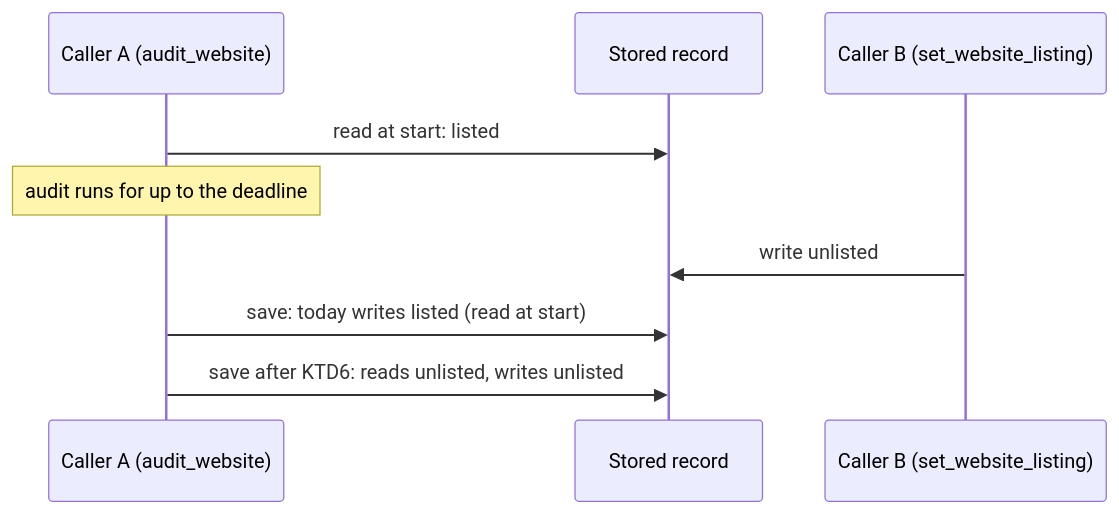
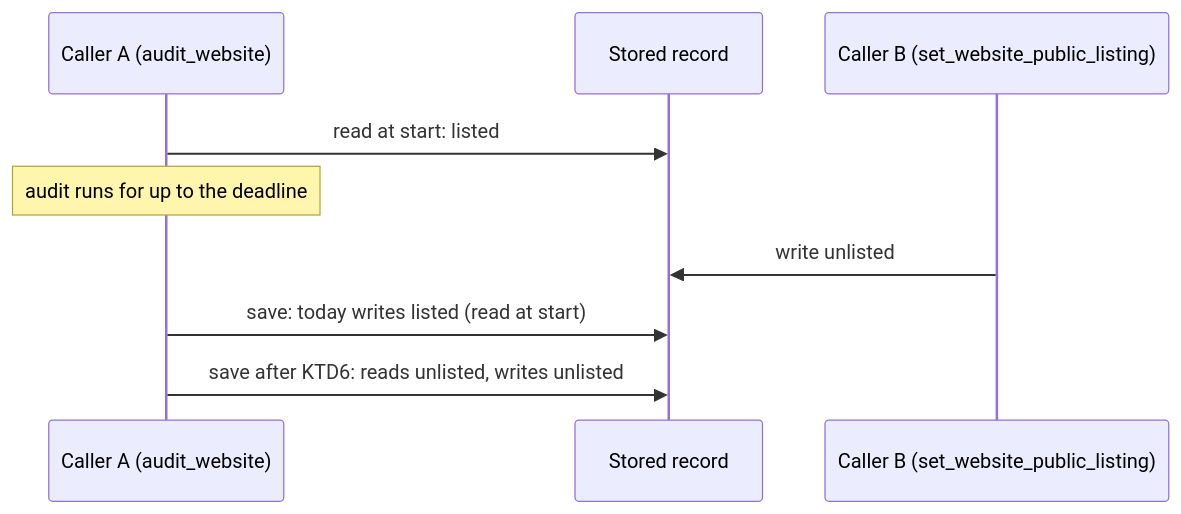
Before and after one commit to brettdavies/agentnative-site: the second of 3 diagrams in docs/plans/2026-11-11-1414-feat-mcp-website-listing-tool-plan.md, drawn with Mermaid. The commit also changed other lines of this file, not shown here.

First line of the commit message:
docs(plans): record the owner decisions on the listing-tool plan

````diff
--- a/docs/plans/2026-11-11-1414-feat-mcp-website-listing-tool-plan.md
+++ b/docs/plans/2026-11-11-1414-feat-mcp-website-listing-tool-plan.md
@@ -204,11 +204,11 @@
 ```mermaid
 sequenceDiagram
   participant A as Caller A (audit_website)
   participant S as Stored record
-  participant B as Caller B (set_website_listing)
+  participant B as Caller B (set_website_public_listing)
   A->>S: read at start: listed
   Note over A: audit runs for up to the deadline
   B->>S: write unlisted
   A->>S: save: today writes listed (read at start)
   A->>S: save after KTD6: reads unlisted, writes unlisted
 ```
````
